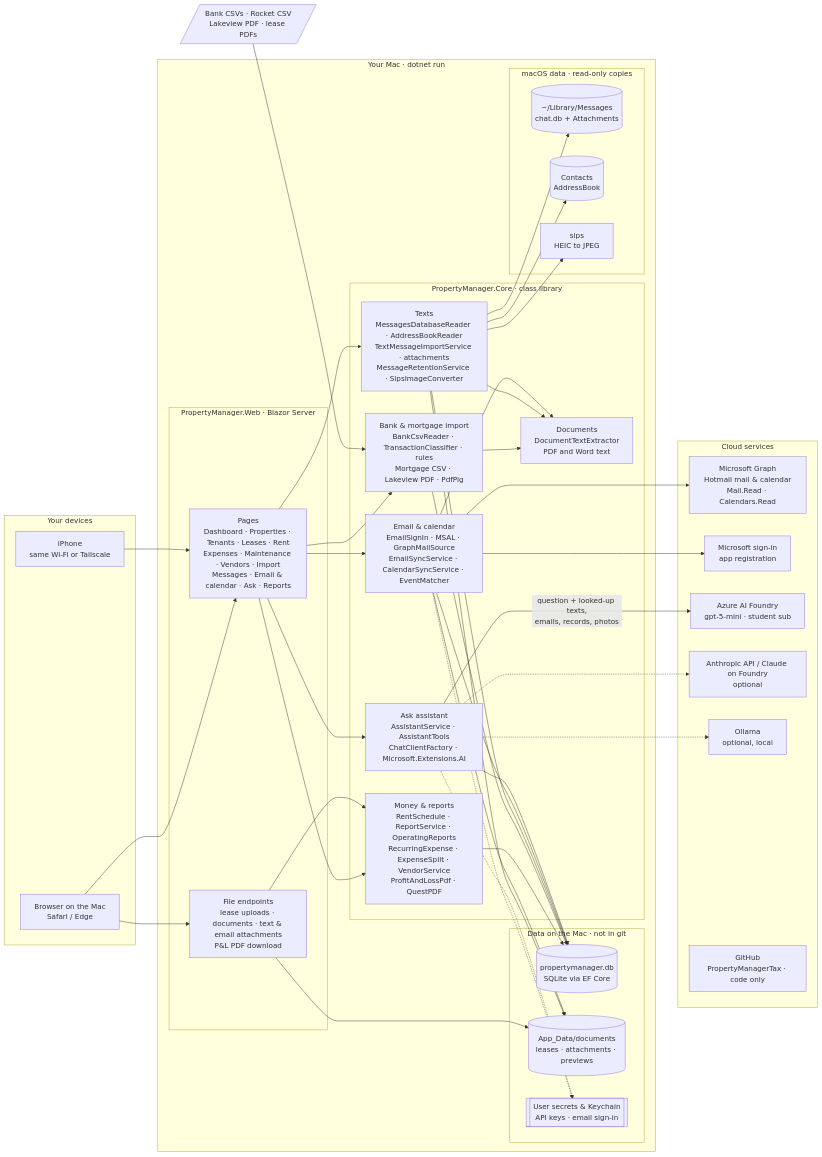
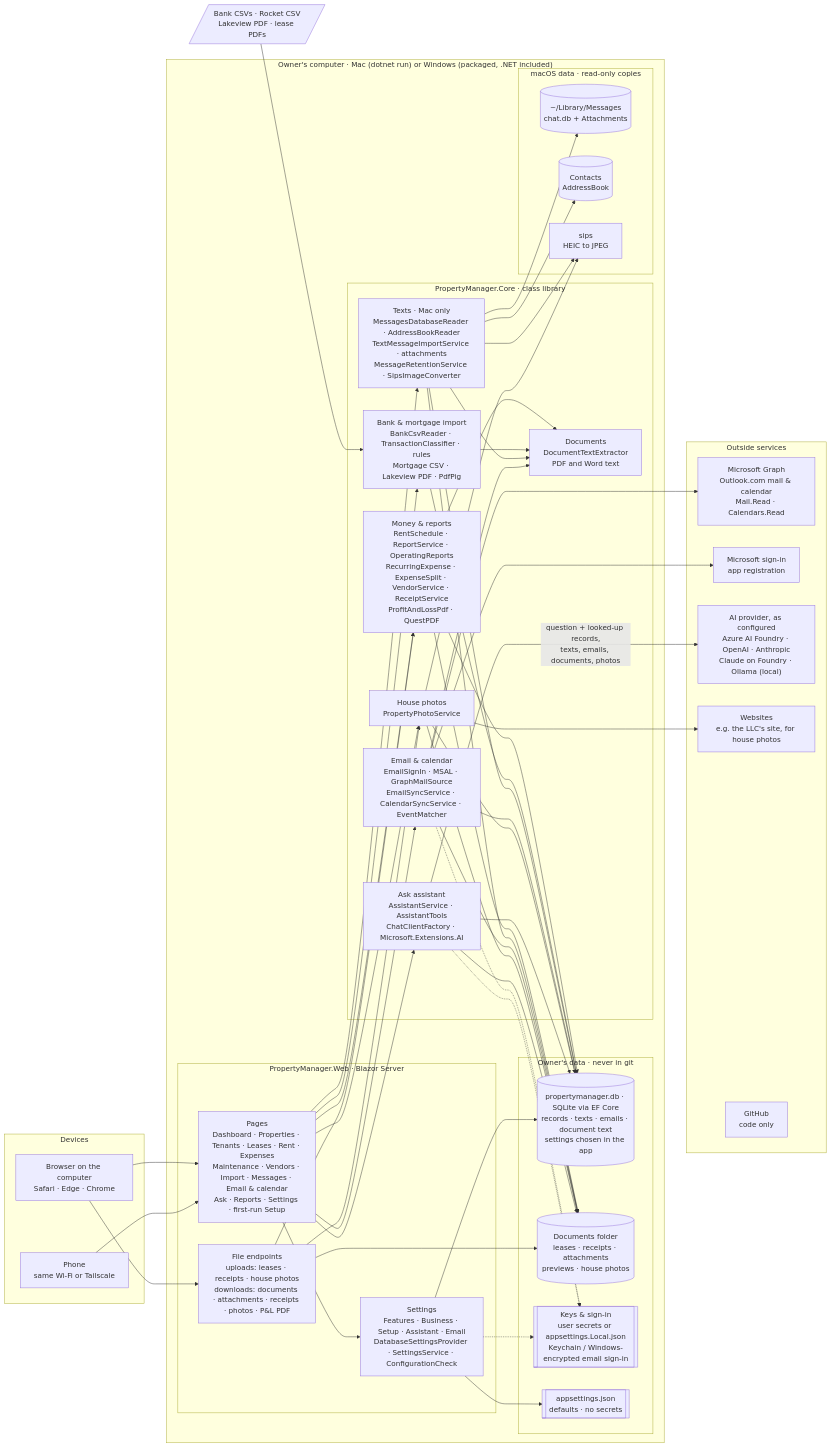
One commit to shellypayahoo/PropertyManagerTax changed the diagram in docs/architecture.md. Above: the diagram before and after it, drawn with Mermaid. The commit also changed other lines of this file, not shown here.

Commit message:
Update the architecture diagram
Adds settings and first-run setup, receipts, house photos (websites),
configurable AI providers, keys in appsettings.Local.json, and the
Windows package; notes features and settings precedence.

Claude-Session: https://claude.ai/code/session_01By5YNnG4zsWC77rL6K8SdM

````diff
--- a/docs/architecture.md
+++ b/docs/architecture.md
@@ -5,29 +5,32 @@
 ```mermaid
 flowchart LR
-    subgraph Devices["Your devices"]
-        MacBrowser["Browser on the Mac<br/>Safari / Edge"]
-        Phone["iPhone<br/>same Wi-Fi or Tailscale"]
+    subgraph Devices["Devices"]
+        Browser["Browser on the computer<br/>Safari · Edge · Chrome"]
+        Phone["Phone<br/>same Wi-Fi or Tailscale"]
     end
 
-    subgraph Mac["Your Mac · dotnet run"]
+    subgraph Host["Owner's computer · Mac (dotnet run) or Windows (packaged, .NET included)"]
         subgraph Web["PropertyManager.Web · Blazor Server"]
-            Pages["Pages<br/>Dashboard · Properties · Tenants · Leases · Rent<br/>Expenses · Maintenance · Vendors · Import<br/>Messages · Email & calendar · Ask · Reports"]
-            Endpoints["File endpoints<br/>lease uploads · documents · text & email attachments<br/>P&L PDF download"]
+            Pages["Pages<br/>Dashboard · Properties · Tenants · Leases · Rent · Expenses<br/>Maintenance · Vendors · Import · Messages · Email & calendar<br/>Ask · Reports · Settings · first-run Setup"]
+            Endpoints["File endpoints<br/>uploads: leases · receipts · house photos<br/>downloads: documents · attachments · receipts · photos · P&L PDF"]
+            Config["Settings<br/>Features · Business · Setup · Assistant · Email<br/>DatabaseSettingsProvider · SettingsService · ConfigurationCheck"]
         end
 
         subgraph Core["PropertyManager.Core · class library"]
-            Money["Money & reports<br/>RentSchedule · ReportService · OperatingReports<br/>RecurringExpense · ExpenseSplit · VendorService<br/>ProfitAndLossPdf · QuestPDF"]
+            Money["Money & reports<br/>RentSchedule · ReportService · OperatingReports<br/>RecurringExpense · ExpenseSplit · VendorService · ReceiptService<br/>ProfitAndLossPdf · QuestPDF"]
             Import["Bank & mortgage import<br/>BankCsvReader · TransactionClassifier · rules<br/>Mortgage CSV · Lakeview PDF · PdfPig"]
-            Messaging["Texts<br/>MessagesDatabaseReader · AddressBookReader<br/>TextMessageImportService · attachments<br/>MessageRetentionService · SipsImageConverter"]
+            Messaging["Texts · Mac only<br/>MessagesDatabaseReader · AddressBookReader<br/>TextMessageImportService · attachments<br/>MessageRetentionService · SipsImageConverter"]
             EmailCal["Email & calendar<br/>EmailSignIn · MSAL · GraphMailSource<br/>EmailSyncService · CalendarSyncService · EventMatcher"]
             Docs["Documents<br/>DocumentTextExtractor<br/>PDF and Word text"]
+            Photos["House photos<br/>PropertyPhotoService"]
             Assistant["Ask assistant<br/>AssistantService · AssistantTools<br/>ChatClientFactory · Microsoft.Extensions.AI"]
         end
 
-        subgraph Storage["Data on the Mac · not in git"]
-            Db[("propertymanager.db<br/>SQLite via EF Core")]
-            Files[("App_Data/documents<br/>leases · attachments · previews")]
-            Secrets[["User secrets & Keychain<br/>API keys · email sign-in"]]
+        subgraph Storage["Owner's data · never in git"]
+            Db[("propertymanager.db · SQLite via EF Core<br/>records · texts · emails · document text<br/>settings chosen in the app")]
+            Files[("Documents folder<br/>leases · receipts · attachments<br/>previews · house photos")]
+            Secrets[["Keys & sign-in<br/>user secrets or appsettings.Local.json<br/>Keychain / Windows-encrypted email sign-in"]]
+            FileConfig[["appsettings.json<br/>defaults · no secrets"]]
         end
 
         subgraph MacSources["macOS data · read-only copies"]
@@ -37,26 +40,32 @@
         end
     end
 
-    subgraph Cloud["Cloud services"]
-        Graph["Microsoft Graph<br/>Hotmail mail & calendar<br/>Mail.Read · Calendars.Read"]
+    subgraph Cloud["Outside services"]
+        Graph["Microsoft Graph<br/>Outlook.com mail & calendar<br/>Mail.Read · Calendars.Read"]
         Entra["Microsoft sign-in<br/>app registration"]
-        Foundry["Azure AI Foundry<br/>gpt-5-mini · student sub"]
-        Anthropic["Anthropic API / Claude on Foundry<br/>optional"]
-        Ollama["Ollama<br/>optional, local"]
-        GitHub["GitHub<br/>PropertyManagerTax · code only"]
+        AI["AI provider, as configured<br/>Azure AI Foundry · OpenAI · Anthropic<br/>Claude on Foundry · Ollama (local)"]
+        Web2["Websites<br/>e.g. the LLC's site, for house photos"]
+        GitHub["GitHub<br/>code only"]
     end
 
     BankFiles[/"Bank CSVs · Rocket CSV<br/>Lakeview PDF · lease PDFs"/]
 
-    MacBrowser --> Pages
+    Browser --> Pages
     Phone --> Pages
-    MacBrowser --> Endpoints
-    Pages --> Money & Import & Messaging & EmailCal & Assistant
+    Browser --> Endpoints
+    Pages --> Money & Import & Messaging & EmailCal & Photos & Assistant
+    Pages --> Config
+    Config --> Db
+    Config --> FileConfig
+    Config -.-> Secrets
     Endpoints --> Files
     Endpoints --> Money
+    Endpoints --> Photos
     BankFiles --> Import
 
     Money --> Db
+    Money --> Files
+    Money --> Docs
     Import --> Db
     Import --> Docs
     Messaging --> Db
@@ -71,10 +80,13 @@
     EmailCal --> Graph
     EmailCal --> Entra
     EmailCal -.-> Secrets
+    Photos --> Files
+    Photos --> Db
+    Photos --> Web2
+    Photos --> Sips
     Assistant --> Db
+    Assistant --> Files
     Assistant -.-> Secrets
-    Assistant -->|"question + looked-up texts,<br/>emails, records, photos"| Foundry
-    Assistant -.-> Anthropic
-    Assistant -.-> Ollama
+    Assistant -->|"question + looked-up records,<br/>texts, emails, documents, photos"| AI
     Db ~~~ GitHub
 ```
````
